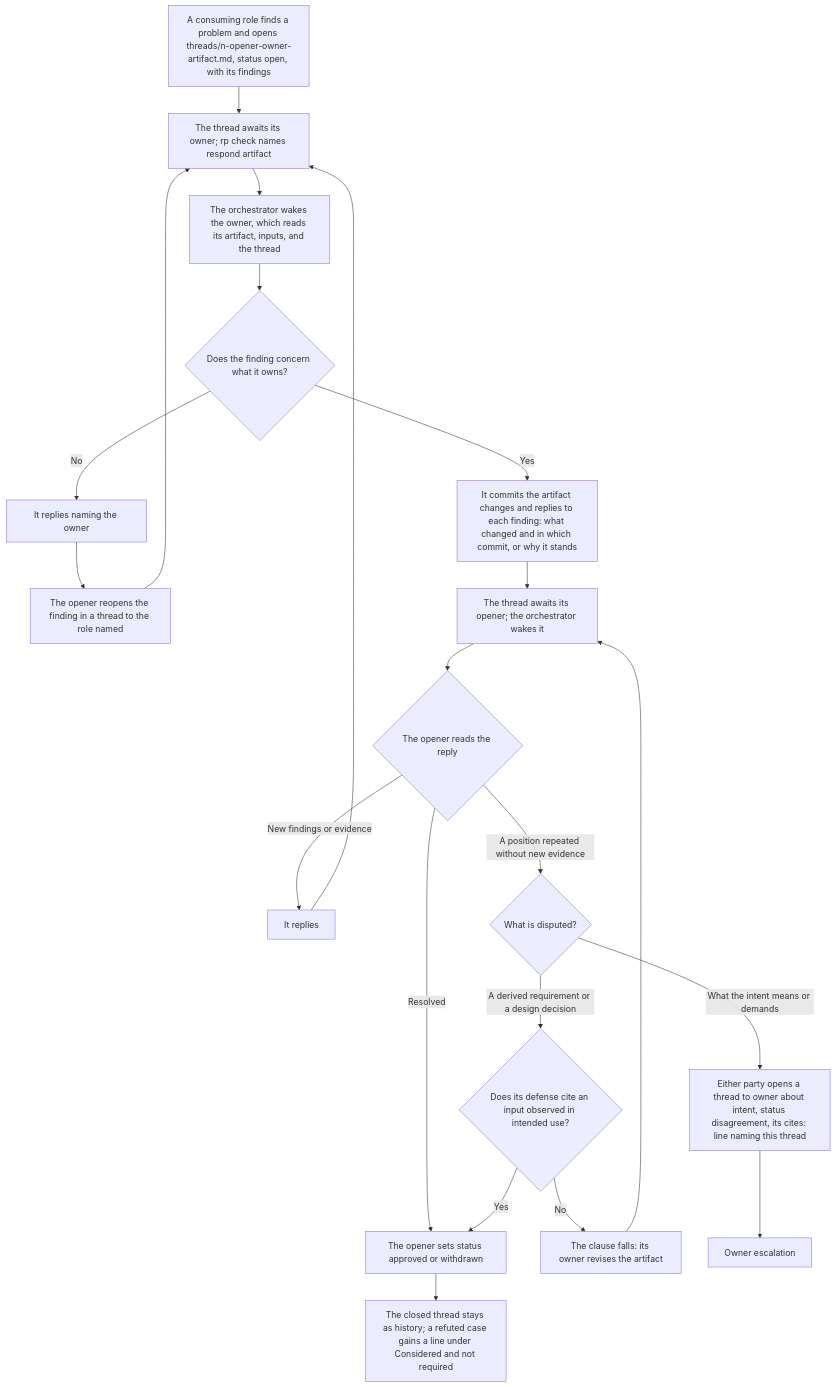
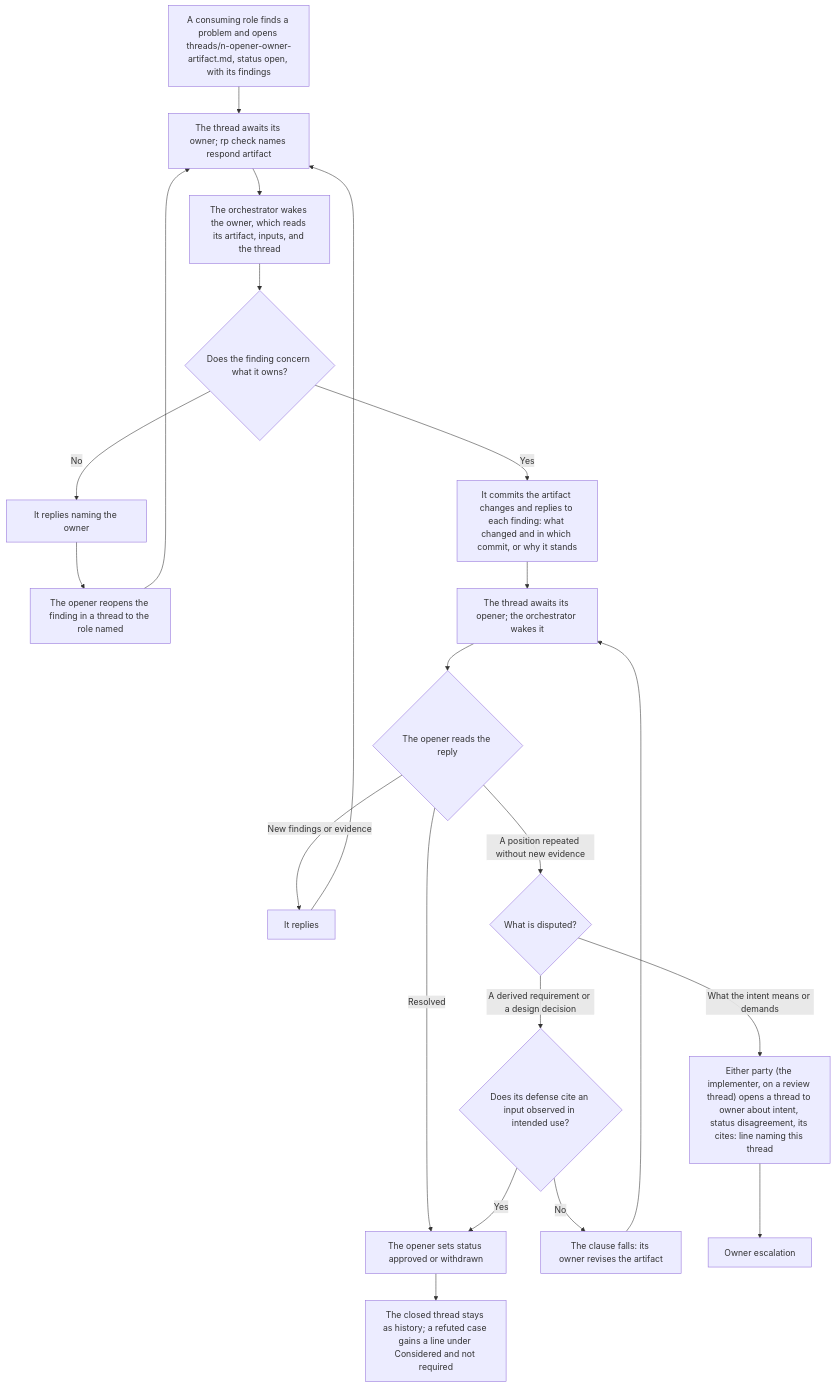
The diagram in docs/flowcharts/threads.md (Automattic/radical-pipelines), drawn with Mermaid before and after one commit. The commit also changed 6 other files, not shown here.

Commit message:
Reduce the reviewer's profile to rereading its assignment, move its blocker and end of turn into its templates, and leave escalation to the implementer (assisted)

````diff
--- a/docs/flowcharts/threads.md
+++ b/docs/flowcharts/threads.md
@@ -5,23 +5,23 @@
 ```mermaid
 flowchart TD
     OPEN["A consuming role finds a problem and opens threads/n-opener-owner-artifact.md, status open, with its findings"] --> AW1["The thread awaits its owner; rp check names respond artifact"]
     AW1 --> OWNER["The orchestrator wakes the owner, which reads its artifact, inputs, and the thread"]
     OWNER --> OWNS{"Does the finding concern what it owns?"}
     OWNS -->|No| NAME["It replies naming the owner"]
     NAME --> REOPEN["The opener reopens the finding in a thread to the role named"]
     REOPEN --> AW1
     OWNS -->|Yes| ANSWER["It commits the artifact changes and replies to each finding: what changed and in which commit, or why it stands"]
     ANSWER --> AW2["The thread awaits its opener; the orchestrator wakes it"]
     AW2 --> READ{"The opener reads the reply"}
     READ -->|Resolved| CLOSED["The opener sets status approved or withdrawn"]
     READ -->|New findings or evidence| AGAIN["It replies"]
     AGAIN --> AW1
     READ -->|A position repeated without new evidence| DIS{"What is disputed?"}
     DIS -->|A derived requirement or a design decision| OBS{"Does its defense cite an input observed in intended use?"}
     OBS -->|Yes| CLOSED
     OBS -->|No| REVISE["The clause falls: its owner revises the artifact"]
     REVISE --> AW2
-    DIS -->|What the intent means or demands| ESC["Either party opens a thread to owner about intent, status disagreement, its cites: line naming this thread"]
+    DIS -->|What the intent means or demands| ESC["Either party (the implementer, on a review thread) opens a thread to owner about intent, status disagreement, its cites: line naming this thread"]
     ESC --> OE["Owner escalation"]
     CLOSED --> HIST["The closed thread stays as history; a refuted case gains a line under Considered and not required"]
 ```
````
